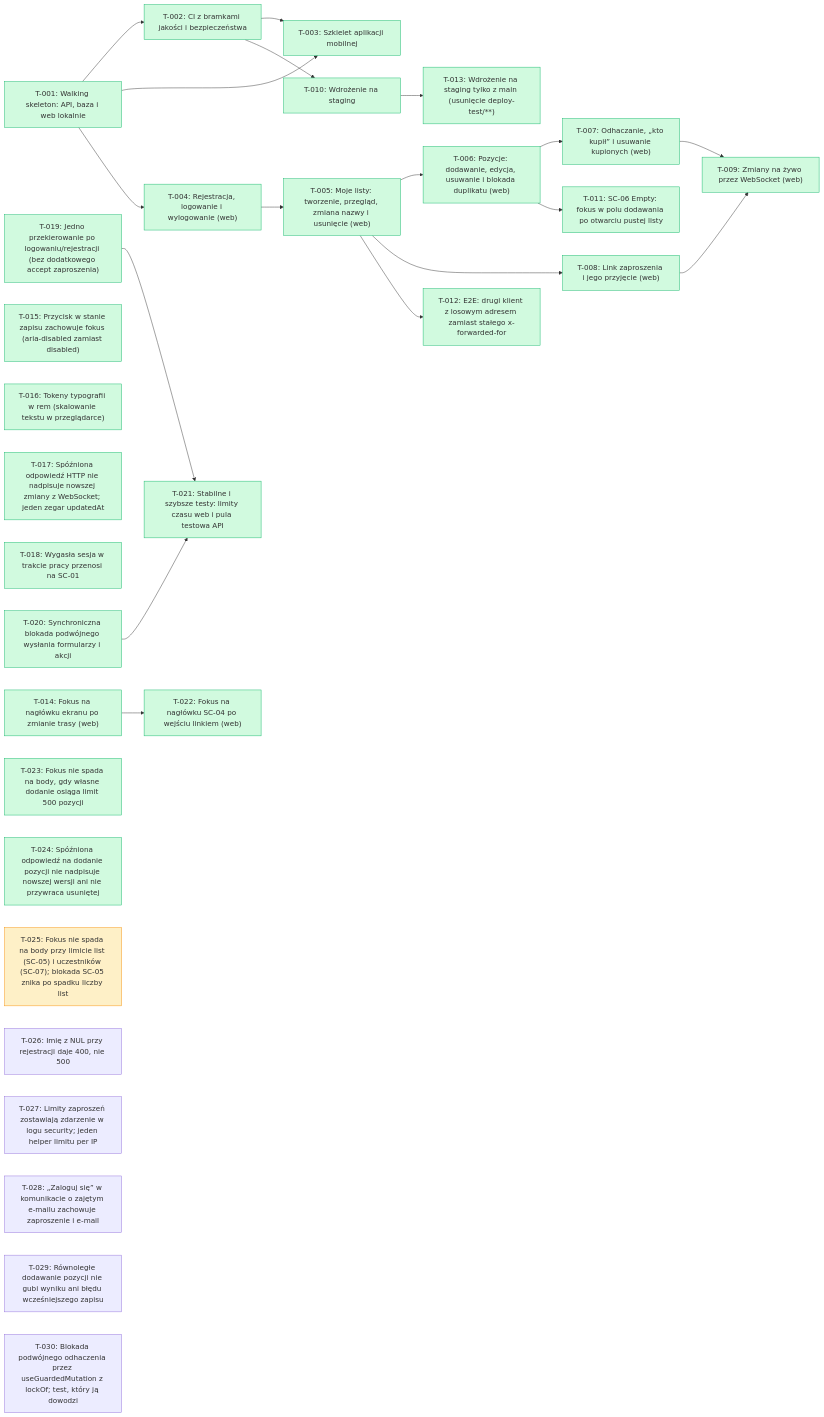
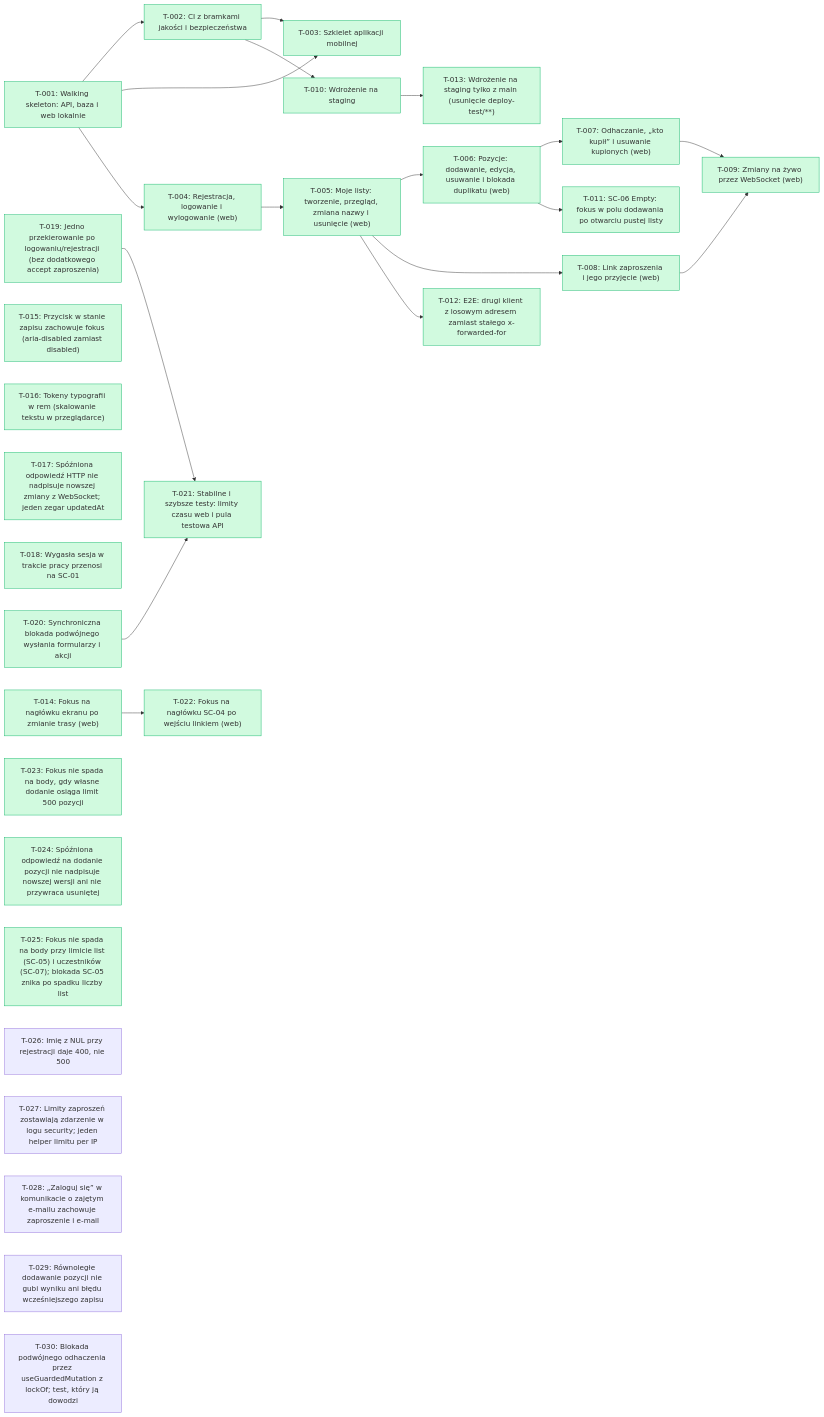
The diagram in docs/backlog/index.md (tombraz/lista-zakupow), drawn with Mermaid before and after one commit. The commit also changed other lines of this file and 1 other file, not shown here.

````diff
--- a/docs/backlog/index.md
+++ b/docs/backlog/index.md
@@ -21,54 +21,54 @@
 ```mermaid
 flowchart LR
   T_001["T-001: Walking skeleton: API, baza i web lokalnie"]:::done
   T_002["T-002: CI z bramkami jakości i bezpieczeństwa"]:::done
   T_003["T-003: Szkielet aplikacji mobilnej"]:::done
   T_004["T-004: Rejestracja, logowanie i wylogowanie (web)"]:::done
   T_005["T-005: Moje listy: tworzenie, przegląd, zmiana nazwy i usunięcie (web)"]:::done
   T_006["T-006: Pozycje: dodawanie, edycja, usuwanie i blokada duplikatu (web)"]:::done
   T_007["T-007: Odhaczanie, „kto kupił” i usuwanie kupionych (web)"]:::done
   T_008["T-008: Link zaproszenia i jego przyjęcie (web)"]:::done
   T_009["T-009: Zmiany na żywo przez WebSocket (web)"]:::done
   T_010["T-010: Wdrożenie na staging"]:::done
   T_011["T-011: SC-06 Empty: fokus w polu dodawania po otwarciu pustej listy"]:::done
   T_012["T-012: E2E: drugi klient z losowym adresem zamiast stałego x-forwarded-for"]:::done
   T_013["T-013: Wdrożenie na staging tylko z main (usunięcie deploy-test/**)"]:::done
   T_014["T-014: Fokus na nagłówku ekranu po zmianie trasy (web)"]:::done
   T_015["T-015: Przycisk w stanie zapisu zachowuje fokus (aria-disabled zamiast disabled)"]:::done
   T_016["T-016: Tokeny typografii w rem (skalowanie tekstu w przeglądarce)"]:::done
   T_017["T-017: Spóźniona odpowiedź HTTP nie nadpisuje nowszej zmiany z WebSocket; jeden zegar updatedAt"]:::done
   T_018["T-018: Wygasła sesja w trakcie pracy przenosi na SC-01"]:::done
   T_019["T-019: Jedno przekierowanie po logowaniu/rejestracji (bez dodatkowego accept zaproszenia)"]:::done
   T_020["T-020: Synchroniczna blokada podwójnego wysłania formularzy i akcji"]:::done
   T_021["T-021: Stabilne i szybsze testy: limity czasu web i pula testowa API"]:::done
   T_022["T-022: Fokus na nagłówku SC-04 po wejściu linkiem (web)"]:::done
   T_023["T-023: Fokus nie spada na body, gdy własne dodanie osiąga limit 500 pozycji"]:::done
   T_024["T-024: Spóźniona odpowiedź na dodanie pozycji nie nadpisuje nowszej wersji ani nie przywraca usuniętej"]:::done
-  T_025["T-025: Fokus nie spada na body przy limicie list (SC-05) i uczestników (SC-07); blokada SC-05 znika po spadku liczby list"]:::wip
+  T_025["T-025: Fokus nie spada na body przy limicie list (SC-05) i uczestników (SC-07); blokada SC-05 znika po spadku liczby list"]:::done
   T_026["T-026: Imię z NUL przy rejestracji daje 400, nie 500"]
   T_027["T-027: Limity zaproszeń zostawiają zdarzenie w logu security; jeden helper limitu per IP"]
   T_028["T-028: „Zaloguj się” w komunikacie o zajętym e-mailu zachowuje zaproszenie i e-mail"]
   T_029["T-029: Równoległe dodawanie pozycji nie gubi wyniku ani błędu wcześniejszego zapisu"]
   T_030["T-030: Blokada podwójnego odhaczenia przez useGuardedMutation z lockOf; test, który ją dowodzi"]
   T_001 --> T_002
   T_001 --> T_003
   T_002 --> T_003
   T_001 --> T_004
   T_004 --> T_005
   T_005 --> T_006
   T_006 --> T_007
   T_005 --> T_008
   T_007 --> T_009
   T_008 --> T_009
   T_002 --> T_010
   T_006 --> T_011
   T_005 --> T_012
   T_010 --> T_013
   T_019 --> T_021
   T_020 --> T_021
   T_014 --> T_022
   classDef done fill:#d1fadf,stroke:#12b76a
   classDef wip fill:#fef0c7,stroke:#f79009
   classDef qa fill:#e0eaff,stroke:#2970ff
   classDef blocked fill:#fee4e2,stroke:#f04438
 ```
````
